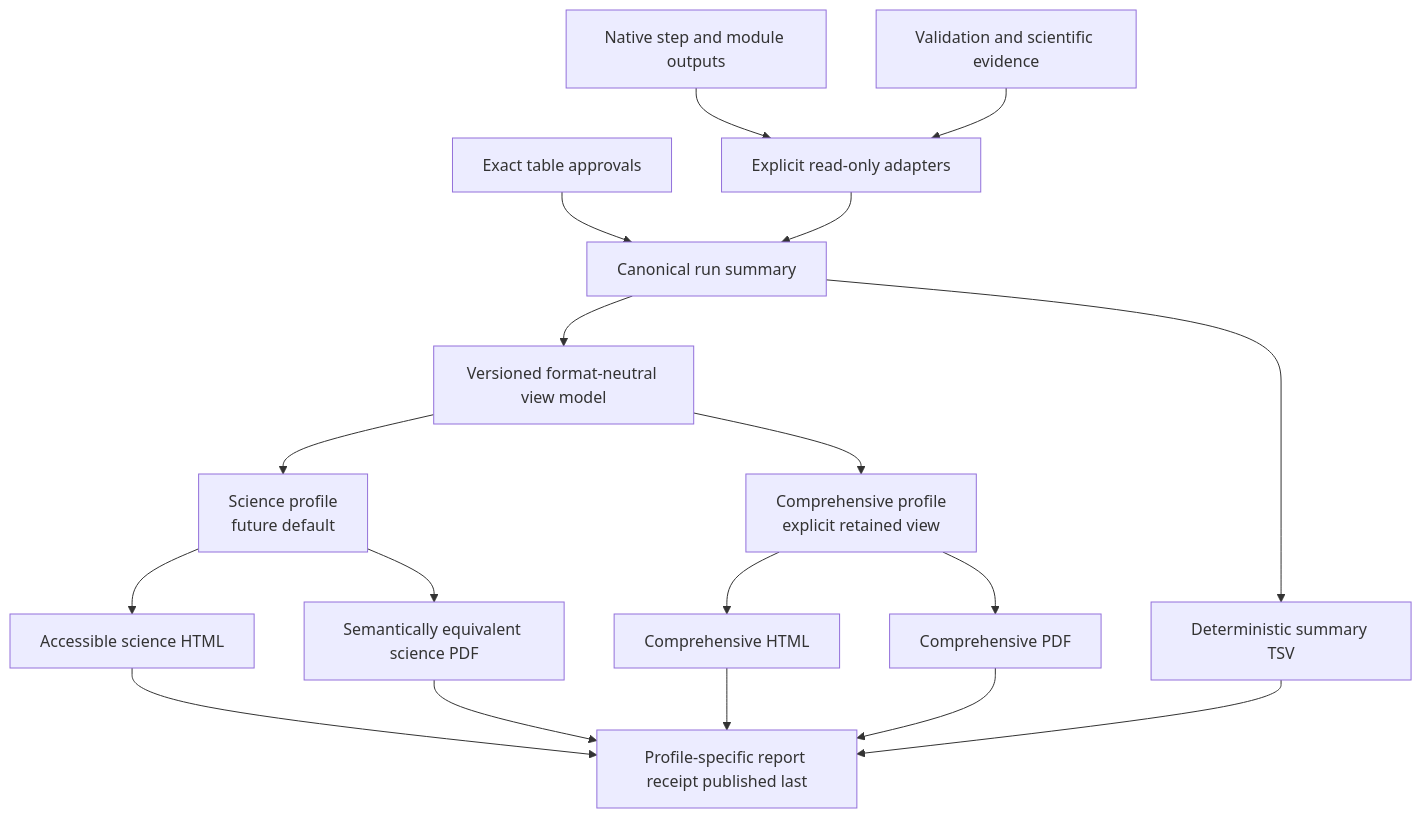
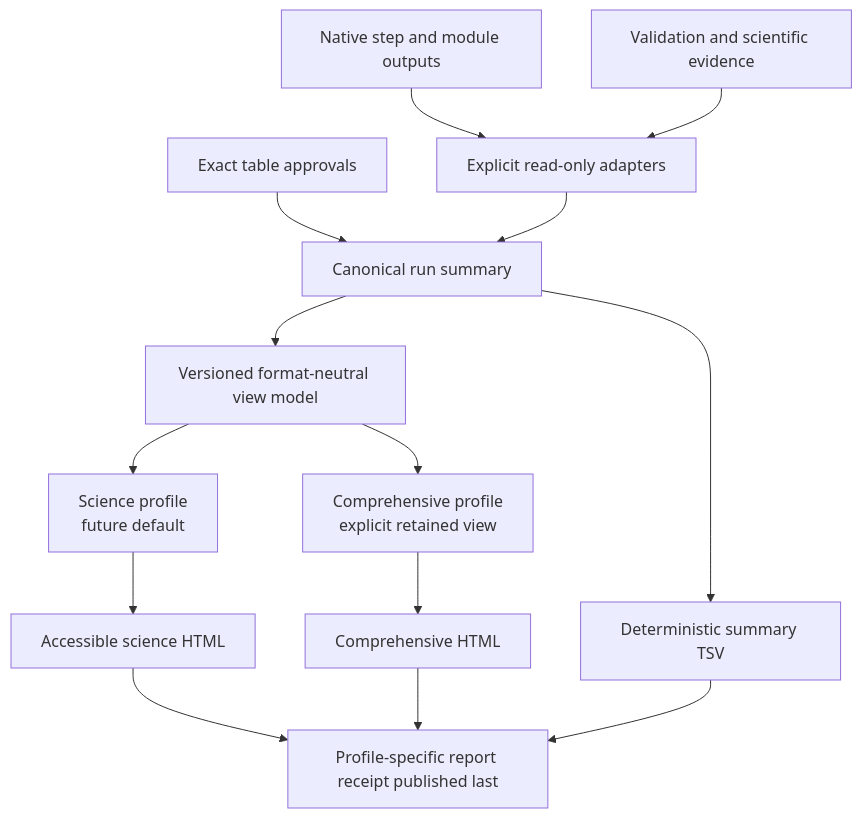
Before and after one commit to lab-cats/EMRYS: the diagram in docs/architecture/diagrams/future_reporting_layer.mmd, drawn with Mermaid. The commit also changed 82 other files, not shown here.

```diff
--- a/docs/architecture/diagrams/future_reporting_layer.mmd
+++ b/docs/architecture/diagrams/future_reporting_layer.mmd
@@ -1,18 +1,14 @@
 flowchart TD
     native["Native step and module outputs"] --> adapters["Explicit read-only adapters"]
     evidence["Validation and scientific evidence"] --> adapters
     approvals["Exact table approvals"] --> summary["Canonical run summary"]
     adapters --> summary
     summary --> view["Versioned format-neutral view model"]
     view --> science["Science profile<br/>future default"]
     view --> comprehensive["Comprehensive profile<br/>explicit retained view"]
     science --> sciencehtml["Accessible science HTML"]
-    science --> sciencepdf["Semantically equivalent science PDF"]
     comprehensive --> fullhtml["Comprehensive HTML"]
-    comprehensive --> fullpdf["Comprehensive PDF"]
     summary --> tsv["Deterministic summary TSV"]
     sciencehtml --> receipt["Profile-specific report receipt published last"]
-    sciencepdf --> receipt
     fullhtml --> receipt
-    fullpdf --> receipt
     tsv --> receipt
```
